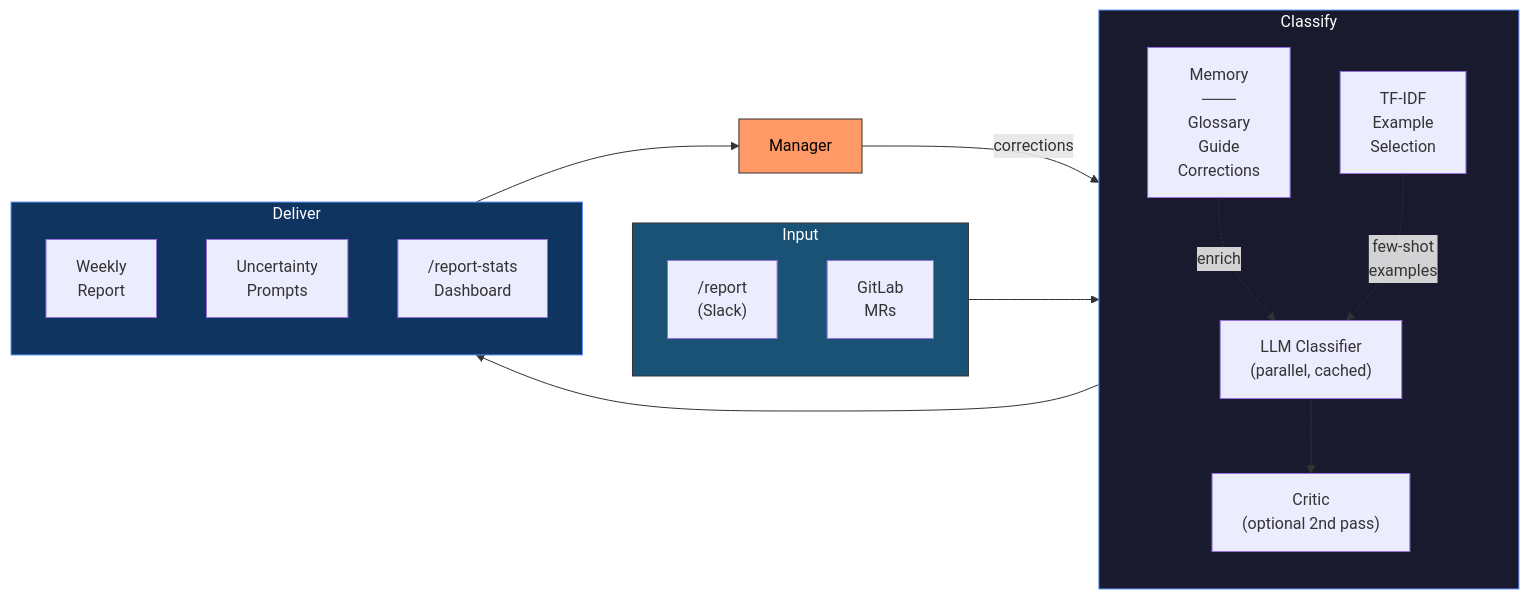
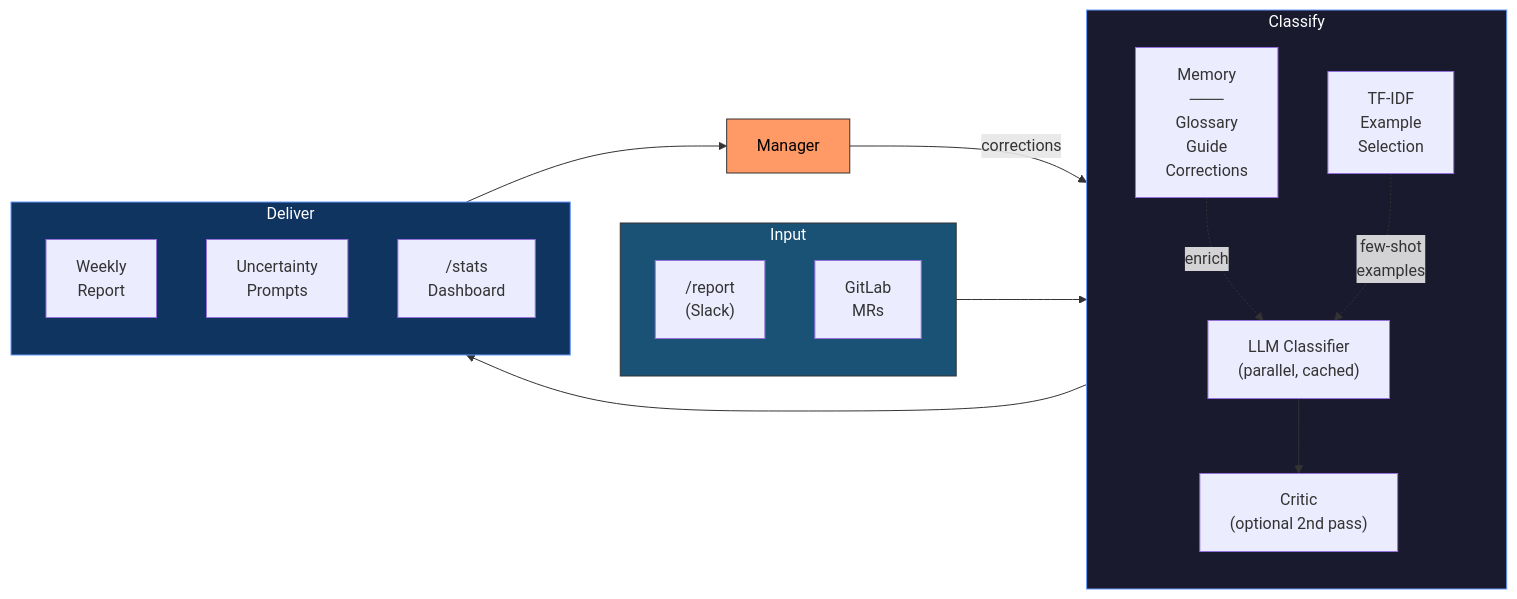
One commit to WZ/reportbot changed the diagram in docs/agentic-features-overview.md. Above: the diagram before and after it, drawn with Mermaid. The commit also changed other lines of this file and 11 other files, not shown here.

First line of the commit message:
Add scheduled auto-fetch, extract fetch logic, rename /fetch-mrs and /report-stats

````diff
--- a/docs/agentic-features-overview.md
+++ b/docs/agentic-features-overview.md
@@ -209,39 +209,39 @@
 ```mermaid
 flowchart LR
     subgraph Input["Input"]
         direction TB
         DEV["/report<br>(Slack)"]
         GL["GitLab<br>MRs"]
     end
 
     subgraph Classify["Classify"]
         direction TB
         MEM["Memory<br>───<br>Glossary<br>Guide<br>Corrections"]
         TFIDF["TF-IDF<br>Example<br>Selection"]
         LLM["LLM Classifier<br>(parallel, cached)"]
         CRITIC["Critic<br>(optional 2nd pass)"]
         MEM -.->|enrich| LLM
         TFIDF -.->|"few-shot<br>examples"| LLM
         LLM --> CRITIC
     end
 
     subgraph Deliver["Deliver"]
         direction TB
         RPT["Weekly<br>Report"]
         UNC["Uncertainty<br>Prompts"]
-        STATS["/report-stats<br>Dashboard"]
+        STATS["/stats<br>Dashboard"]
     end
 
     MGR["Manager"]
 
     Input --> LLM
     CRITIC --> Deliver
     Deliver --> MGR
 
     MGR -->|"corrections"| MEM
 
     style Input fill:#1a5276,stroke:#333,color:#fff
     style Classify fill:#1a1a2e,stroke:#69f,color:#fff
     style Deliver fill:#0f3460,stroke:#69f,color:#fff
     style MGR fill:#f96,stroke:#333,color:#000
 ```
````
